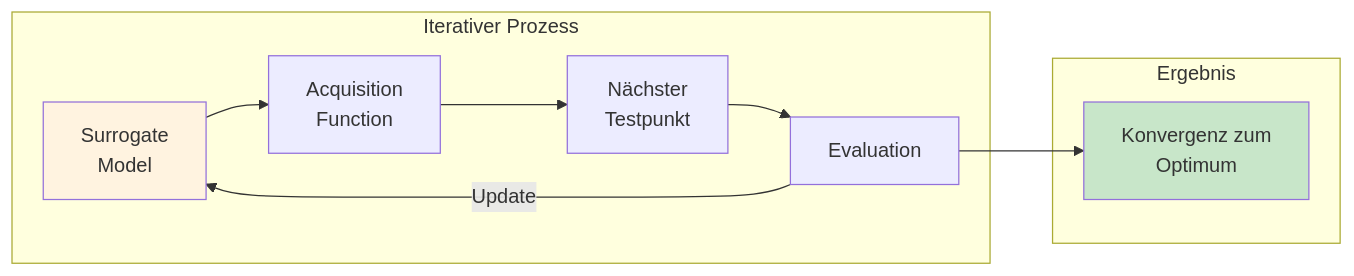
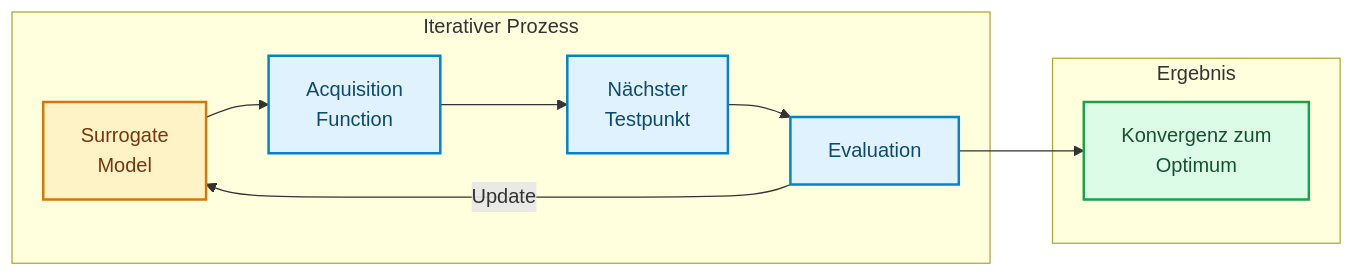
One commit to ralf-42/ML_Intro changed the seventh of 12 diagrams in docs/concepts/evaluate/hyperparameter_tuning.md. Above: the diagram before and after it, drawn with Mermaid. The commit also changed other lines of this file and 67 other files, not shown here.

````diff
--- a/docs/concepts/evaluate/hyperparameter_tuning.md
+++ b/docs/concepts/evaluate/hyperparameter_tuning.md
@@ -366,16 +375,19 @@
 ```mermaid
 flowchart LR
     subgraph loop["Iterativer Prozess"]
         S["Surrogate<br/>Model"] --> A["Acquisition<br/>Function"]
         A --> N["Nächster<br/>Testpunkt"]
         N --> E["Evaluation"]
         E --> |"Update"| S
     end
     
     subgraph result["Ergebnis"]
         E --> B["Konvergenz zum<br/>Optimum"]
     end
-    
-    style S fill:#fff3e0
-    style B fill:#c8e6c9
+
+    classDef default fill:#e0f2fe,stroke:#0284c7,stroke-width:2px,color:#0c4a6e;
+    classDef metric fill:#fef3c7,stroke:#d97706,stroke-width:2px,color:#78350f;
+    classDef output fill:#dcfce7,stroke:#16a34a,stroke-width:2px,color:#14532d;
+    class S metric;
+    class B output;
 ```
````
